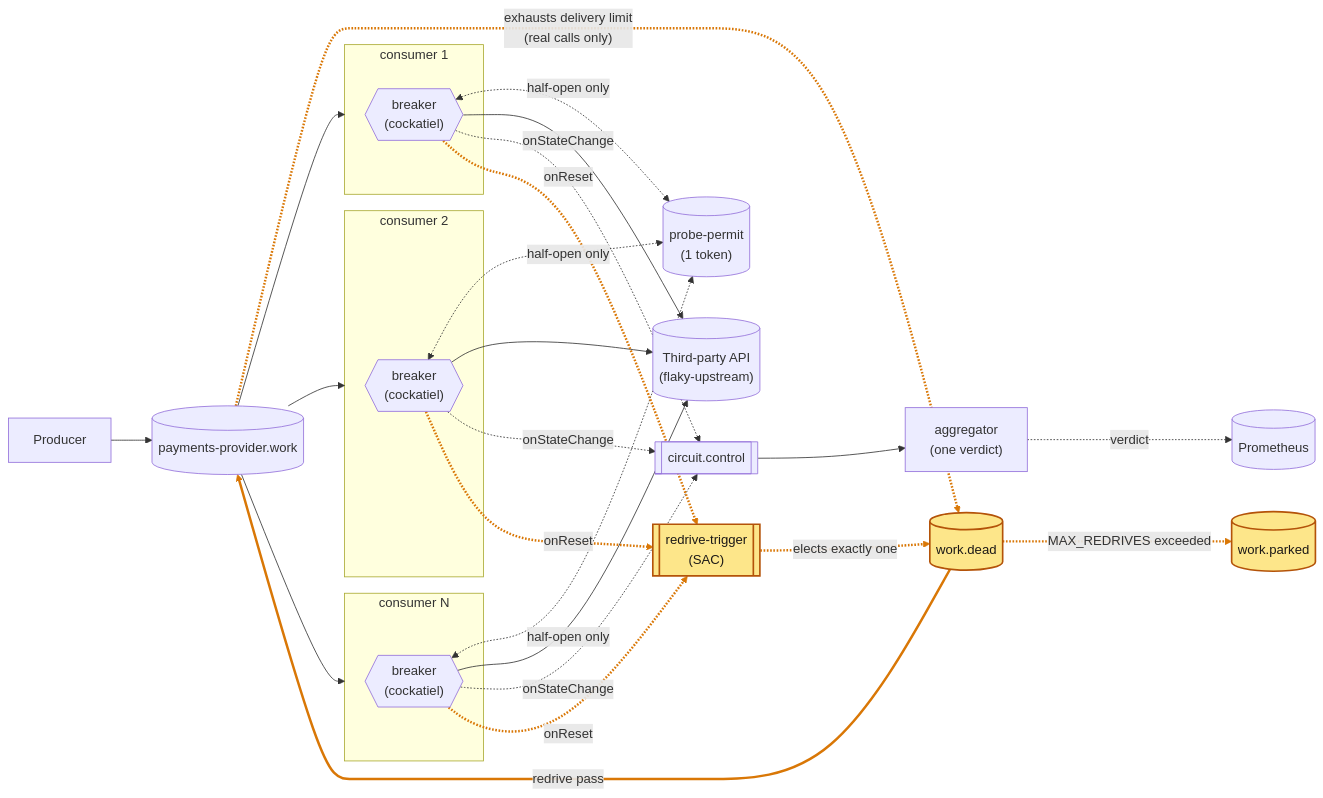
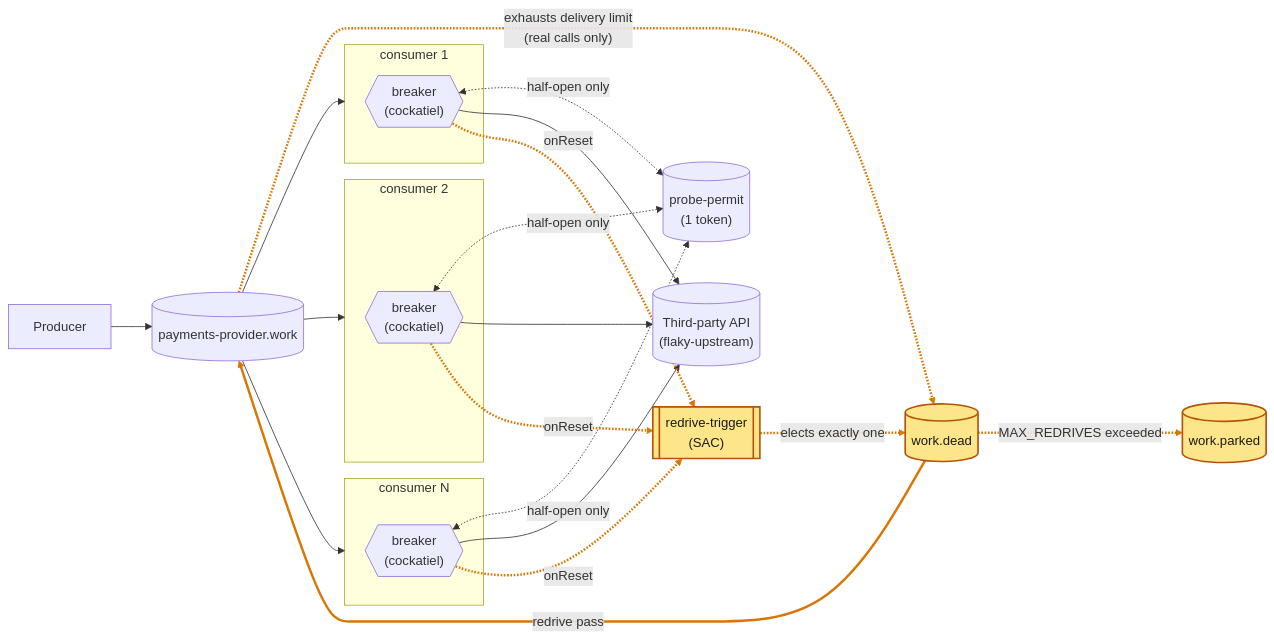
Before and after one commit to lsfera/circuit-breaker-unboxing: the diagram in README.md, drawn with Mermaid. The commit also changed other lines of this file and 21 other files, not shown here.

````diff
--- a/README.md
+++ b/README.md
@@ -16,43 +15,36 @@
 ```mermaid
 flowchart LR
   producer["Producer"] --> queue[("payments-provider.work")]
   permit[("probe-permit\n(1 token)")]
-  control[["circuit.control"]]
-  aggregator["aggregator\n(one verdict)"]
   dead[("work.dead")]
   parked[("work.parked")]
   rtrigger[["redrive-trigger\n(SAC)"]]
   subgraph c1["consumer 1"]
     b1{{"breaker\n(cockatiel)"}}
   end
   subgraph c2["consumer 2"]
     b2{{"breaker\n(cockatiel)"}}
   end
   subgraph c3["consumer N"]
     b3{{"breaker\n(cockatiel)"}}
   end
   queue --> c1
   queue --> c2
   queue --> c3
   b1 <-.->|"half-open only"| permit
   b2 <-.->|"half-open only"| permit
   b3 <-.->|"half-open only"| permit
   b1 --> api[("Third-party API\n(flaky-upstream)")]
   b2 --> api
   b3 --> api
-  b1 -.->|"onStateChange"| control
-  b2 -.->|"onStateChange"| control
-  b3 -.->|"onStateChange"| control
-  control --> aggregator
-  aggregator -.->|"verdict"| prom[("Prometheus")]
   queue -.->|"exhausts delivery limit\n(real calls only)"| dead
   b1 -.->|"onReset"| rtrigger
   b2 -.->|"onReset"| rtrigger
   b3 -.->|"onReset"| rtrigger
   rtrigger -.->|"elects exactly one"| dead
   dead -->|"redrive pass"| queue
   dead -.->|"MAX_REDRIVES exceeded"| parked
   classDef new fill:#fde68a,stroke:#b45309,stroke-width:2px,color:#1c1917
   class dead,parked,rtrigger new
-  linkStyle 15,16,17,18,19,20,21 stroke:#d97706,stroke-width:3px
+  linkStyle 10,11,12,13,14,15,16 stroke:#d97706,stroke-width:3px
 ```
````
